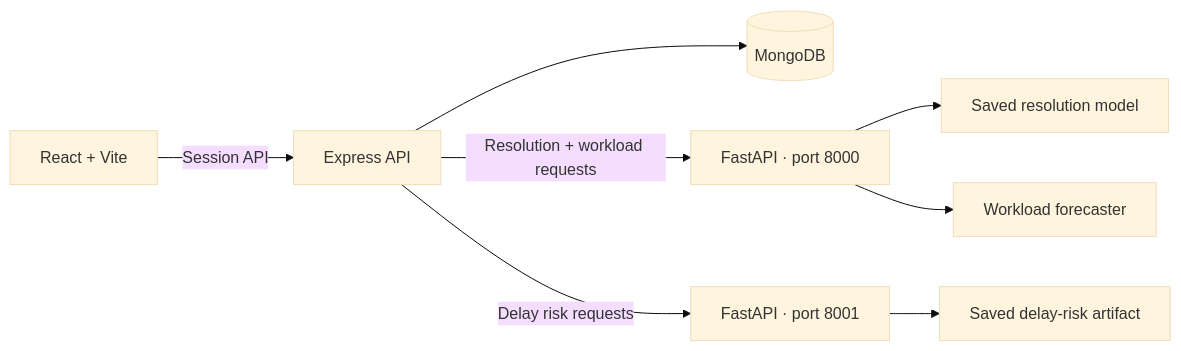
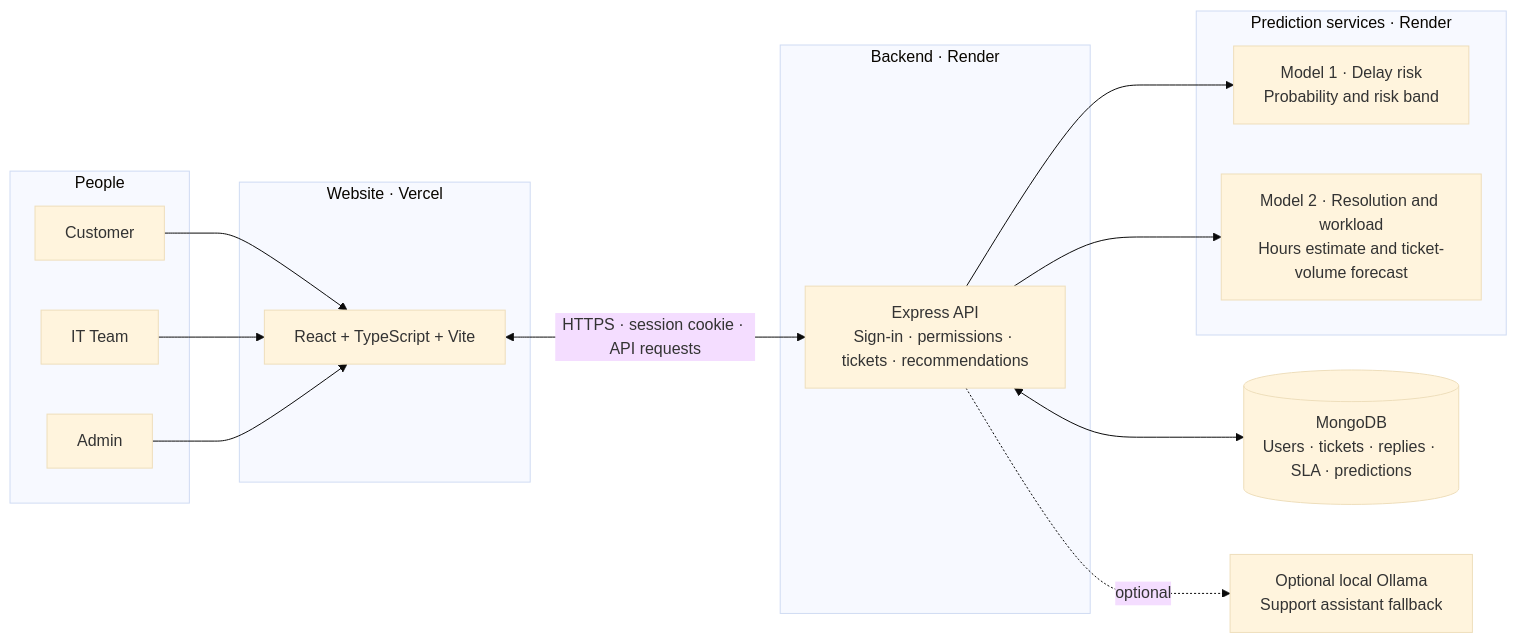
Before and after one commit to IshikaGarg787/OpsPilot-AI: the diagram in README.md, drawn with Mermaid (base theme). The commit also changed other lines of this file, not shown here.

````diff
--- a/README.md
+++ b/README.md
@@ -16,10 +47,34 @@
 ```mermaid
 flowchart LR
-  Browser[React + Vite] -->|Session API| Express[Express API]
-  Express --> Mongo[(MongoDB)]
-  Express -->|Resolution + workload requests| ML[FastAPI · port 8000]
-  Express -->|Delay risk requests| Risk[FastAPI · port 8001]
-  ML --> Resolution[Saved resolution model]
-  ML --> Forecast[Workload forecaster]
-  Risk --> Classifier[Saved delay-risk artifact]
+  subgraph PEOPLE[People]
+    C[Customer]
+    IT[IT Team]
+    AD[Admin]
+  end
+
+  subgraph FRONT[Website · Vercel]
+    UI[React + TypeScript + Vite]
+  end
+
+  subgraph SERVER[Backend · Render]
+    API[Express API\nSign-in · permissions · tickets · recommendations]
+  end
+
+  DB[(MongoDB\nUsers · tickets · replies · SLA · predictions)]
+
+  subgraph MODELS[Prediction services · Render]
+    M1[Model 1 · Delay risk\nProbability and risk band]
+    M2[Model 2 · Resolution and workload\nHours estimate and ticket-volume forecast]
+  end
+
+  CHAT[Optional local Ollama\nSupport assistant fallback]
+
+  C --> UI
+  IT --> UI
+  AD --> UI
+  UI <-->|HTTPS · session cookie · API requests| API
+  API <--> DB
+  API --> M1
+  API --> M2
+  API -. optional .-> CHAT
 ```
````
